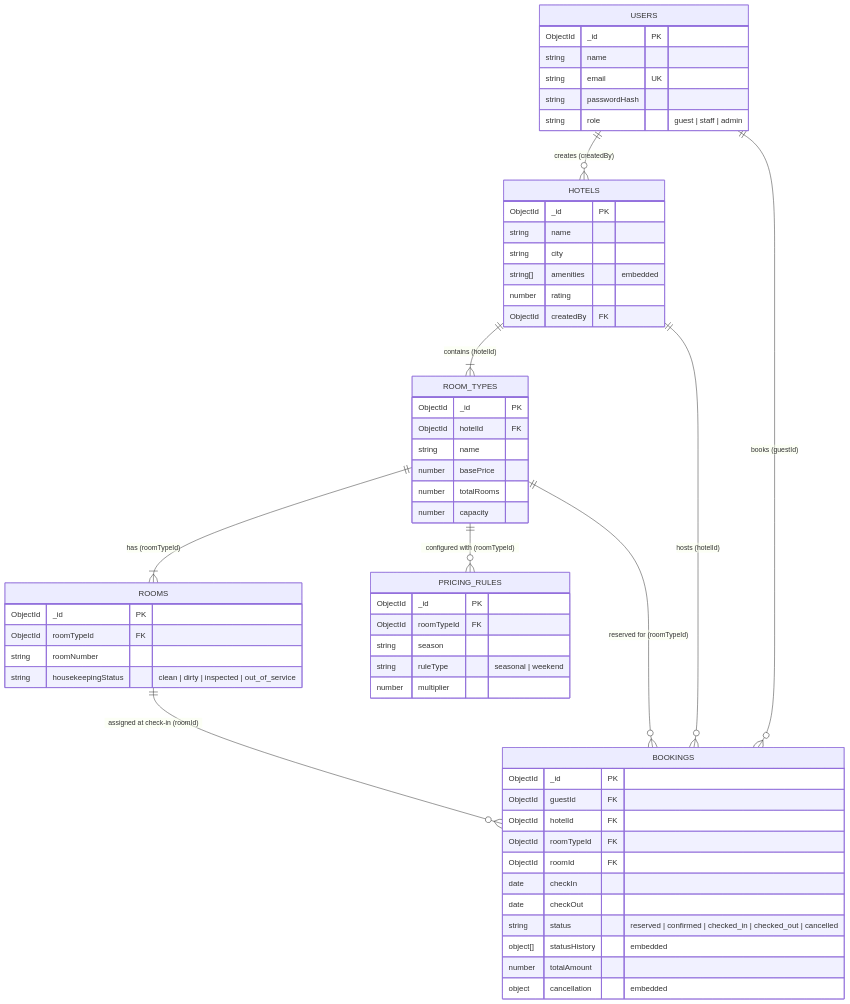
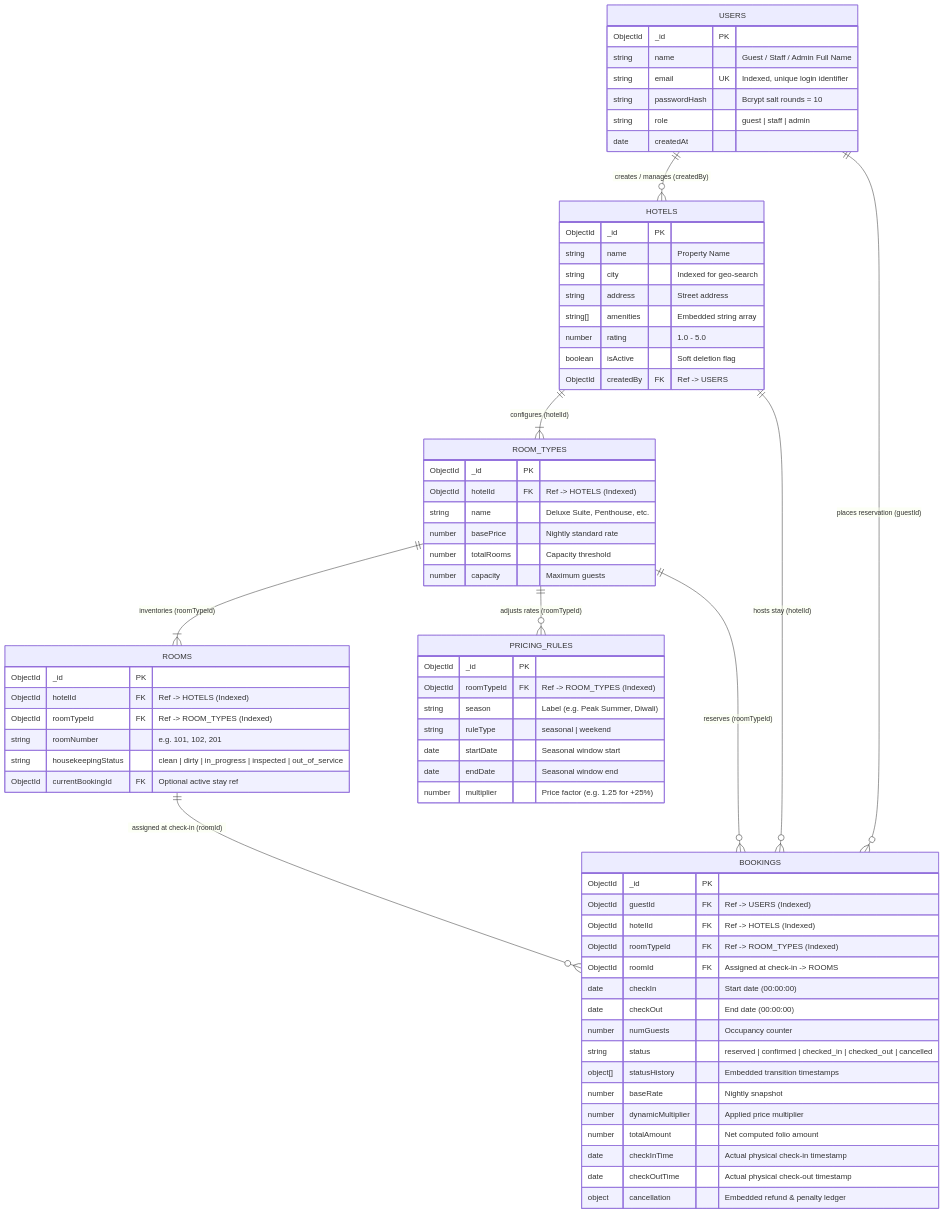
The diagram in README.md (annmary-aaa/hotel-booking-platform), drawn with Mermaid before and after one commit. The commit also changed other lines of this file, not shown here.

Commit message:
docs: elevate README to corporate academic standard with 13-module matrix, ER diagram, and testing guide

````diff
--- a/README.md
+++ b/README.md
@@ -188,66 +56,78 @@
 ```mermaid
 erDiagram
-    USERS ||--o{ HOTELS : "creates (createdBy)"
-    USERS ||--o{ BOOKINGS : "books (guestId)"
-    HOTELS ||--|{ ROOM_TYPES : "contains (hotelId)"
-    ROOM_TYPES ||--|{ ROOMS : "has (roomTypeId)"
-    ROOM_TYPES ||--o{ PRICING_RULES : "configured with (roomTypeId)"
-    ROOM_TYPES ||--o{ BOOKINGS : "reserved for (roomTypeId)"
-    HOTELS ||--o{ BOOKINGS : "hosts (hotelId)"
+    USERS ||--o{ HOTELS : "creates / manages (createdBy)"
+    USERS ||--o{ BOOKINGS : "places reservation (guestId)"
+    HOTELS ||--|{ ROOM_TYPES : "configures (hotelId)"
+    ROOM_TYPES ||--|{ ROOMS : "inventories (roomTypeId)"
+    ROOM_TYPES ||--o{ PRICING_RULES : "adjusts rates (roomTypeId)"
+    ROOM_TYPES ||--o{ BOOKINGS : "reserves (roomTypeId)"
+    HOTELS ||--o{ BOOKINGS : "hosts stay (hotelId)"
     ROOMS ||--o{ BOOKINGS : "assigned at check-in (roomId)"
 
     USERS {
         ObjectId _id PK
-        string name
-        string email UK
-        string passwordHash
+        string name "Guest / Staff / Admin Full Name"
+        string email UK "Indexed, unique login identifier"
+        string passwordHash "Bcrypt salt rounds = 10"
         string role "guest | staff | admin"
+        date createdAt
     }
 
     HOTELS {
         ObjectId _id PK
-        string name
-        string city
-        string[] amenities "embedded"
-        number rating
-        ObjectId createdBy FK
+        string name "Property Name"
+        string city "Indexed for geo-search"
+        string address "Street address"
+        string[] amenities "Embedded string array"
+        number rating "1.0 - 5.0"
+        boolean isActive "Soft deletion flag"
+        ObjectId createdBy FK "Ref -> USERS"
     }
 
     ROOM_TYPES {
         ObjectId _id PK
-        ObjectId hotelId FK
-        string name
-        number basePrice
-        number totalRooms
-        number capacity
+        ObjectId hotelId FK "Ref -> HOTELS (Indexed)"
+        string name "Deluxe Suite, Penthouse, etc."
+        number basePrice "Nightly standard rate"
+        number totalRooms "Capacity threshold"
+        number capacity "Maximum guests"
     }
 
     ROOMS {
         ObjectId _id PK
-        ObjectId roomTypeId FK
-        string roomNumber
-        string housekeepingStatus "clean | dirty | inspected | out_of_service"
+        ObjectId hotelId FK "Ref -> HOTELS (Indexed)"
+        ObjectId roomTypeId FK "Ref -> ROOM_TYPES (Indexed)"
+        string roomNumber "e.g. 101, 102, 201"
+        string housekeepingStatus "clean | dirty | in_progress | inspected | out_of_service"
+        ObjectId currentBookingId FK "Optional active stay ref"
     }
 
     BOOKINGS {
         ObjectId _id PK
-        ObjectId guestId FK
-        ObjectId hotelId FK
-        ObjectId roomTypeId FK
-        ObjectId roomId FK
-        date checkIn
-        date checkOut
+        ObjectId guestId FK "Ref -> USERS (Indexed)"
+        ObjectId hotelId FK "Ref -> HOTELS (Indexed)"
+        ObjectId roomTypeId FK "Ref -> ROOM_TYPES (Indexed)"
+        ObjectId roomId FK "Assigned at check-in -> ROOMS"
+        date checkIn "Start date (00:00:00)"
+        date checkOut "End date (00:00:00)"
+        number numGuests "Occupancy counter"
         string status "reserved | confirmed | checked_in | checked_out | cancelled"
-        object[] statusHistory "embedded"
-        number totalAmount
-        object cancellation "embedded"
+        object[] statusHistory "Embedded transition timestamps"
+        number baseRate "Nightly snapshot"
+        number dynamicMultiplier "Applied price multiplier"
+        number totalAmount "Net computed folio amount"
+        date checkInTime "Actual physical check-in timestamp"
+        date checkOutTime "Actual physical check-out timestamp"
+        object cancellation "Embedded refund & penalty ledger"
     }
 
     PRICING_RULES {
         ObjectId _id PK
-        ObjectId roomTypeId FK
-        string season
+        ObjectId roomTypeId FK "Ref -> ROOM_TYPES (Indexed)"
+        string season "Label (e.g. Peak Summer, Diwali)"
         string ruleType "seasonal | weekend"
-        number multiplier
+        date startDate "Seasonal window start"
+        date endDate "Seasonal window end"
+        number multiplier "Price factor (e.g. 1.25 for +25%)"
     }
 ```
````
